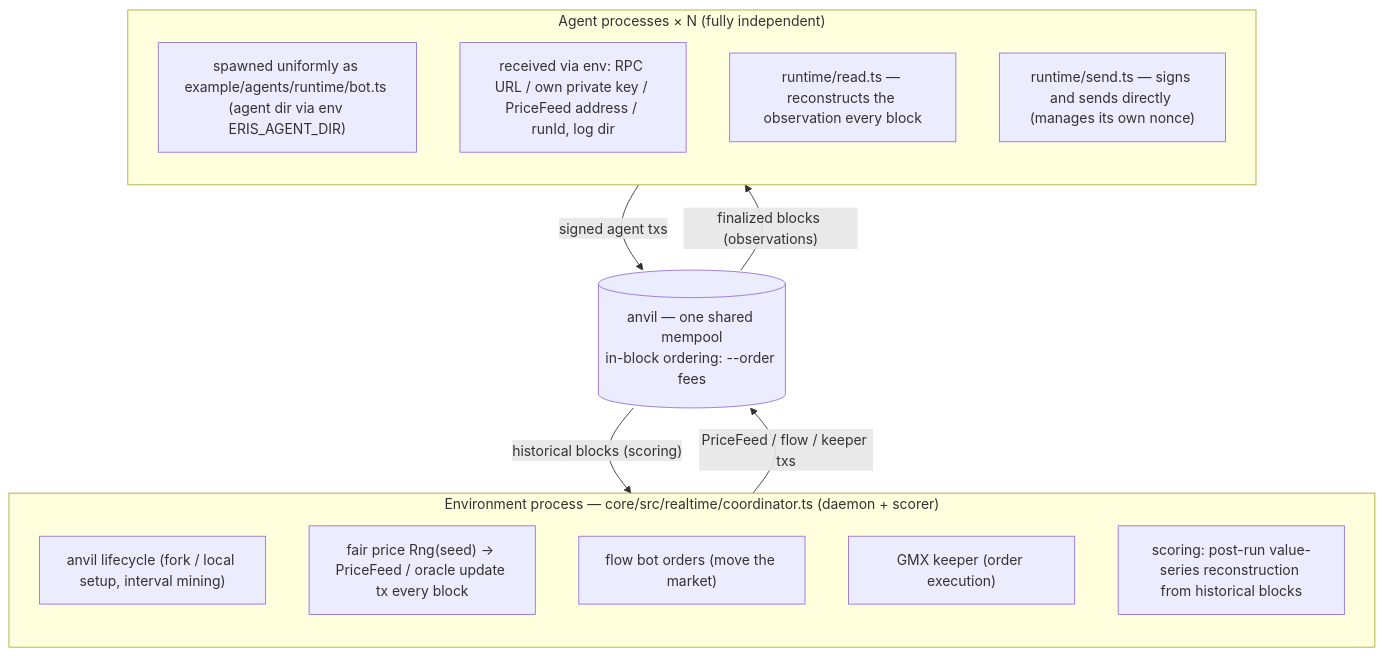
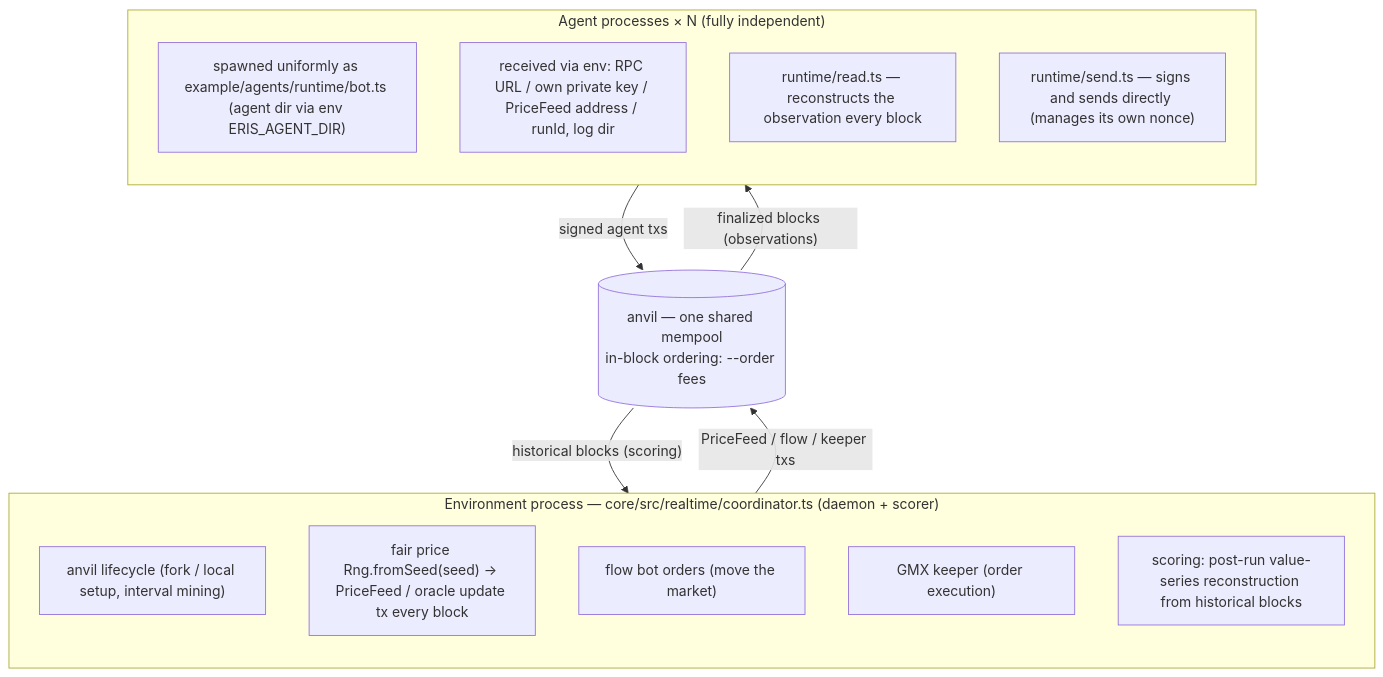
Before and after one commit to NyxFoundation/eris-agent-simulator: the second of 2 diagrams in docs/guide/architecture.md, drawn with Mermaid. The commit also changed 17 other files, not shown here.

````diff
--- a/docs/guide/architecture.md
+++ b/docs/guide/architecture.md
@@ -25,23 +25,23 @@
 ```mermaid
 flowchart TB
   subgraph ENV["Environment process — core/src/realtime/coordinator.ts (daemon + scorer)"]
     direction TB
     E1["anvil lifecycle (fork / local setup, interval mining)"]
-    E2["fair price Rng(seed) → PriceFeed / oracle update tx every block"]
+    E2["fair price Rng.fromSeed(seed) → PriceFeed / oracle update tx every block"]
     E3["flow bot orders (move the market)"]
     E4["GMX keeper (order execution)"]
     E5["scoring: post-run value-series reconstruction from historical blocks"]
   end
   subgraph AGENTS["Agent processes × N (fully independent)"]
     direction TB
     A1["spawned uniformly as example/agents/runtime/bot.ts (agent dir via env ERIS_AGENT_DIR)"]
     A2["received via env: RPC URL / own private key / PriceFeed address / runId, log dir"]
     A3["runtime/read.ts — reconstructs the observation every block"]
     A4["runtime/send.ts — signs and sends directly (manages its own nonce)"]
   end
   CHAIN[("anvil — one shared mempool<br/>in-block ordering: --order fees")]
   ENV -- "PriceFeed / flow / keeper txs" --> CHAIN
   AGENTS -- "signed agent txs" --> CHAIN
   CHAIN -- "finalized blocks (observations)" --> AGENTS
   CHAIN -- "historical blocks (scoring)" --> ENV
 ```
````
